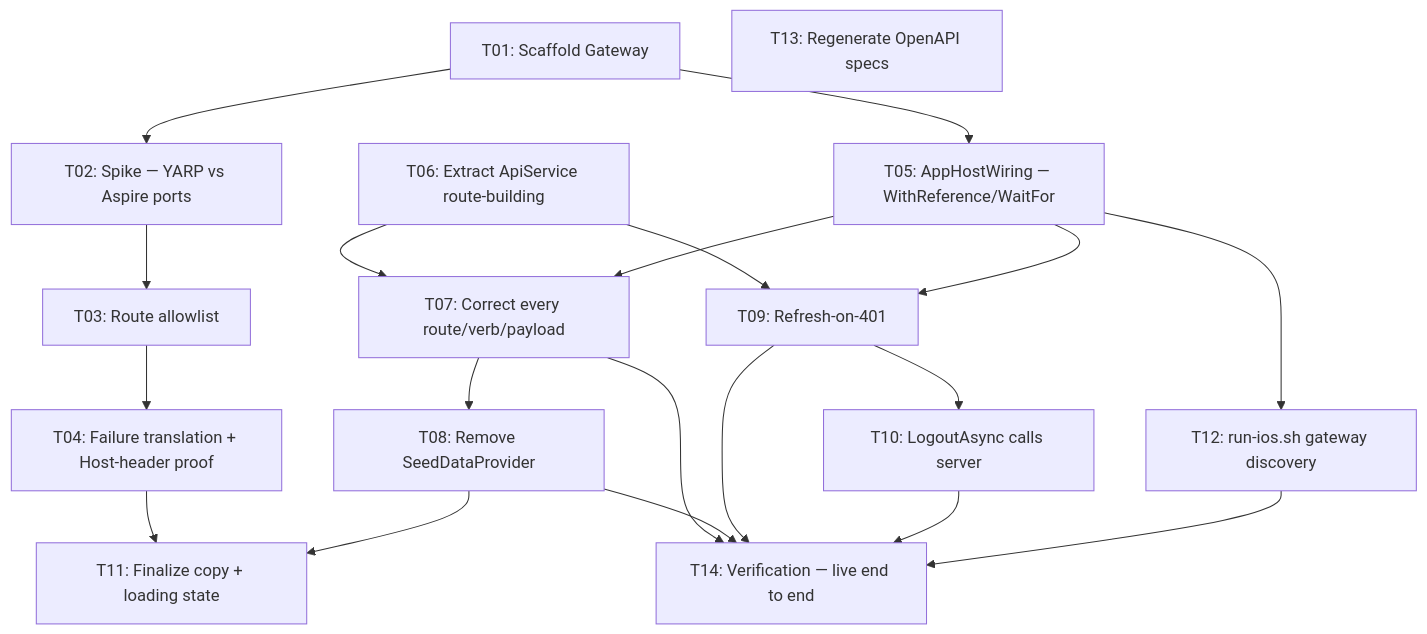
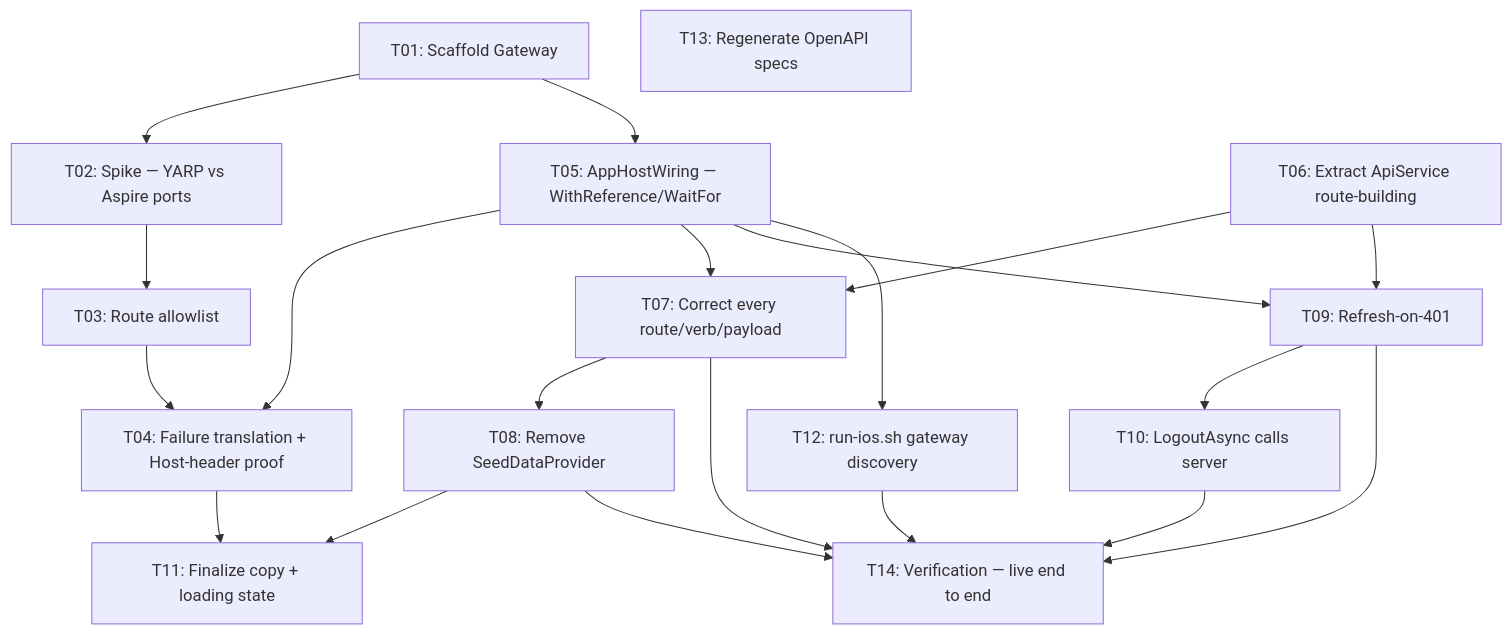
One commit to ogdevlabs/agenda-buddy changed the diagram in docs/pdlc/prds/plans/plan_F-015_api-gateway-and-mobile-contract_2026-08-23.md. Above: the diagram before and after it, drawn with Mermaid. The commit also changed other lines of this file and 4 other files, not shown here.

````diff
--- a/docs/pdlc/prds/plans/plan_F-015_api-gateway-and-mobile-contract_2026-08-23.md
+++ b/docs/pdlc/prds/plans/plan_F-015_api-gateway-and-mobile-contract_2026-08-23.md
@@ -32,36 +32,37 @@
 ```mermaid
 flowchart TD
     T01[T01: Scaffold Gateway]
     T02[T02: Spike — YARP vs Aspire ports]
     T03[T03: Route allowlist]
     T04[T04: Failure translation + Host-header proof]
     T05[T05: AppHostWiring — WithReference/WaitFor]
     T06[T06: Extract ApiService route-building]
     T07[T07: Correct every route/verb/payload]
     T08[T08: Remove SeedDataProvider]
     T09[T09: Refresh-on-401]
     T10[T10: LogoutAsync calls server]
     T11[T11: Finalize copy + loading state]
     T12[T12: run-ios.sh gateway discovery]
     T13[T13: Regenerate OpenAPI specs]
     T14[T14: Verification — live end to end]
 
     T01 --> T02
     T02 --> T03
     T03 --> T04
+    T05 --> T04
     T01 --> T05
     T06 --> T07
     T05 --> T07
     T06 --> T09
     T05 --> T09
     T07 --> T08
     T09 --> T10
     T04 --> T11
     T08 --> T11
     T05 --> T12
     T07 --> T14
     T08 --> T14
     T09 --> T14
     T10 --> T14
     T12 --> T14
 ```
````
